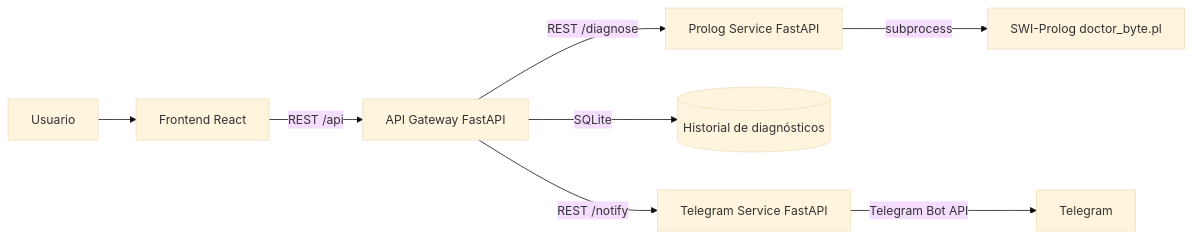
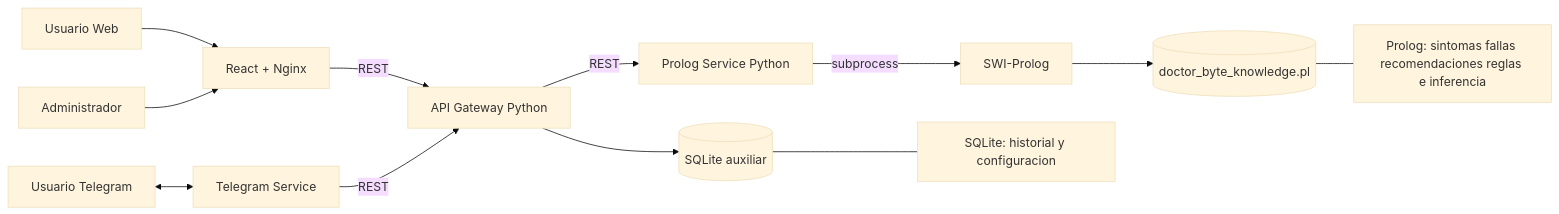
One commit to Pablo-Fernandez-001/IA1_VACASJUN2026_PABLOFERNANDEZ_201807411 changed the diagram in proyecto_f1/docs/arquitectura.mmd. Above: the diagram before and after it, drawn with Mermaid (base theme). The commit also changed 102 other files, not shown here.

```diff
--- a/proyecto_f1/docs/arquitectura.mmd
+++ b/proyecto_f1/docs/arquitectura.mmd
@@ -1,8 +1,15 @@
 flowchart LR
-  U[Usuario] --> F[Frontend React]
-  F -->|REST /api| G[API Gateway FastAPI]
-  G -->|REST /diagnose| P[Prolog Service FastAPI]
-  P -->|subprocess| SWI[SWI-Prolog doctor_byte.pl]
-  G -->|SQLite| DB[(Historial de diagnósticos)]
-  G -->|REST /notify| T[Telegram Service FastAPI]
-  T -->|Telegram Bot API| TG[Telegram]
+    U[Usuario Web] --> F[React + Nginx]
+    A[Administrador] --> F
+    T[Usuario Telegram] <--> TS[Telegram Service]
+    F -->|REST| G[API Gateway Python]
+    TS -->|REST| G
+    G -->|REST| P[Prolog Service Python]
+    P -->|subprocess| SWI[SWI-Prolog]
+    SWI --> KB[(doctor_byte_knowledge.pl)]
+    G --> DB[(SQLite auxiliar)]
+
+    note1[SQLite: historial y configuracion]
+    note2[Prolog: sintomas fallas recomendaciones reglas e inferencia]
+    DB --- note1
+    KB --- note2
```
